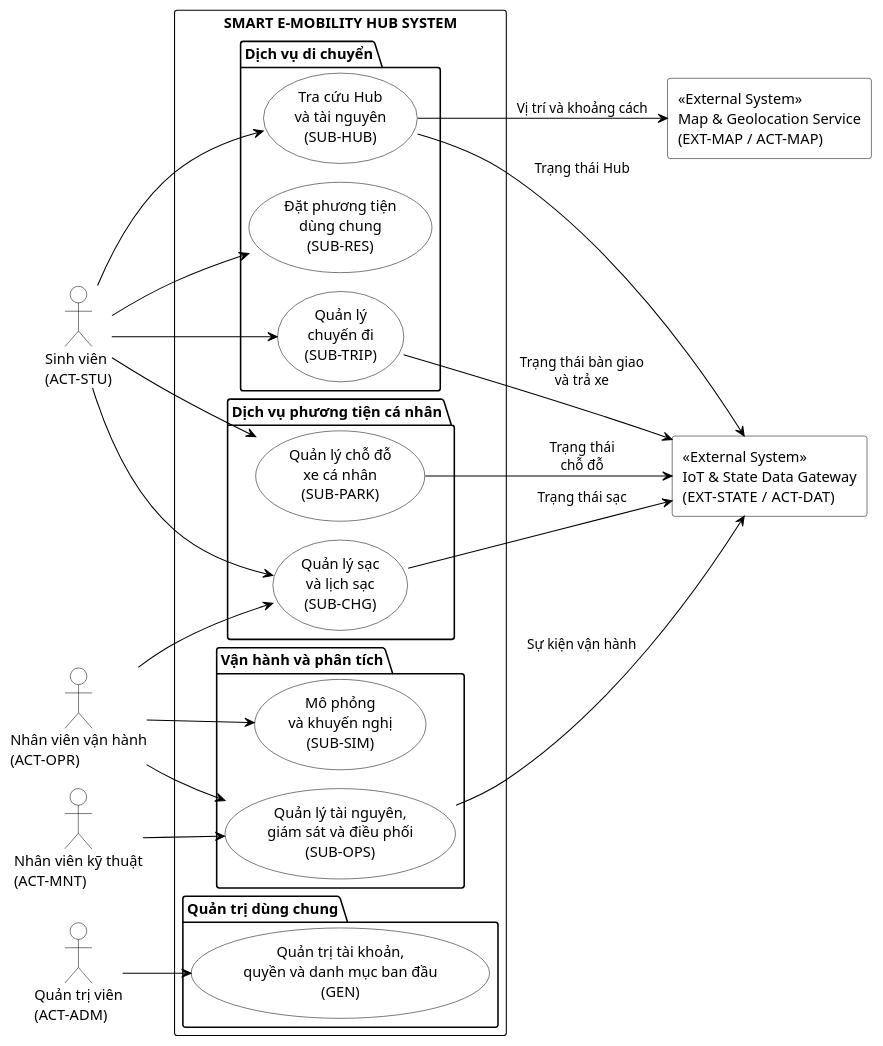
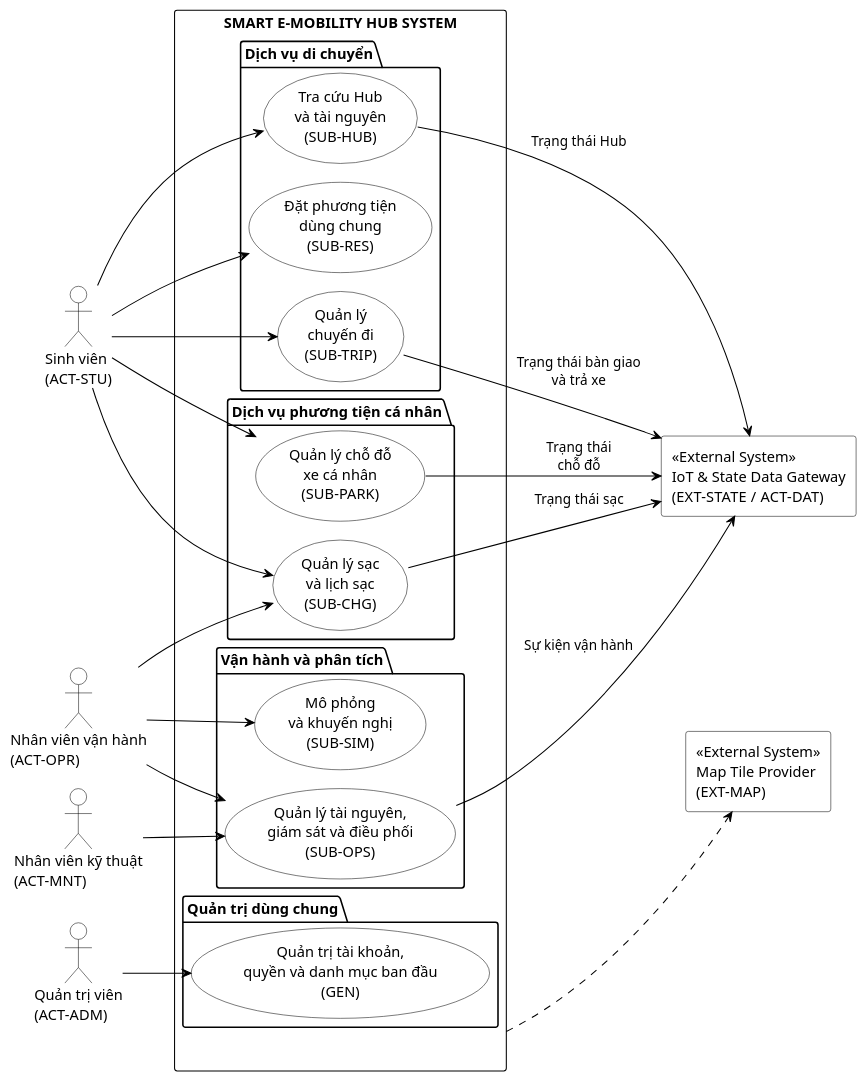
One commit to tranbaoanh21/software-engineering-assignment changed the diagram in docs/phase-2/diagrams/plantuml/system-use-case.puml. Above: the diagram before and after it, drawn with PlantUML. The commit also changed 224 other files, not shown here.

```diff
--- a/docs/phase-2/diagrams/plantuml/system-use-case.puml
+++ b/docs/phase-2/diagrams/plantuml/system-use-case.puml
@@ -1,111 +1,112 @@
 @startuml
 !pragma layout smetana
 left to right direction
 skinparam backgroundColor white
 skinparam shadowing false
 
 ' Thiết lập viền đen, nền trắng
 skinparam usecase {
     BackgroundColor white
     BorderColor black
     ArrowColor black
 }
 
 skinparam actor {
     BackgroundColor white
     BorderColor black
 }
 
 skinparam rectangle {
     BackgroundColor white
     BorderColor black
 }
 
 skinparam package {
     BackgroundColor white
     BorderColor black
 }
 
 ' =========================================================
 ' ACTOR
 ' =========================================================
 
 actor "Sinh viên\n(ACT-STU)" as Student
 actor "Nhân viên vận hành\n(ACT-OPR)" as Operator
 actor "Nhân viên kỹ thuật\n(ACT-MNT)" as Technician
 actor "Quản trị viên\n(ACT-ADM)" as Administrator
 
 ' =========================================================
 ' HỆ THỐNG BÊN NGOÀI
 ' =========================================================
 
 rectangle "<<External System>>\nIoT & State Data Gateway\n(EXT-STATE / ACT-DAT)" as StateSource
-rectangle "<<External System>>\nMap & Geolocation Service\n(EXT-MAP / ACT-MAP)" as MapSource
+rectangle "<<External System>>\nMap Tile Provider\n(EXT-MAP)" as MapSource
 
 ' =========================================================
 ' SMART E-MOBILITY HUB SYSTEM
 ' =========================================================
 
-rectangle "SMART E-MOBILITY HUB SYSTEM" {
+rectangle "SMART E-MOBILITY HUB SYSTEM" as SEMH {
 
     package "Dịch vụ di chuyển" {
 
         usecase "Tra cứu Hub\nvà tài nguyên\n(SUB-HUB)" as UC_Hub
 
         usecase "Đặt phương tiện\ndùng chung\n(SUB-RES)" as UC_Reservation
 
         usecase "Quản lý\nchuyến đi\n(SUB-TRIP)" as UC_Trip
     }
 
     package "Dịch vụ phương tiện cá nhân" {
 
         usecase "Quản lý chỗ đỗ\nxe cá nhân\n(SUB-PARK)" as UC_Parking
 
         usecase "Quản lý sạc\nvà lịch sạc\n(SUB-CHG)" as UC_Charging
     }
 
     package "Vận hành và phân tích" {
 
         usecase "Quản lý tài nguyên,\ngiám sát và điều phối\n(SUB-OPS)" as UC_Operation
 
         usecase "Mô phỏng\nvà khuyến nghị\n(SUB-SIM)" as UC_Simulation
     }
     package "Quản trị dùng chung" {
         usecase "Quản trị tài khoản,\nquyền và danh mục ban đầu\n(GEN)" as UC_Administration
     }
 }
 
 ' =========================================================
 ' LIÊN KẾT ACTOR
 ' =========================================================
 
 ' Sinh viên
 Student --> UC_Hub
 Student --> UC_Reservation
 Student --> UC_Trip
 Student --> UC_Parking
 Student --> UC_Charging
 
 ' Nhân viên vận hành
 Operator --> UC_Charging
 Operator --> UC_Operation
 Operator --> UC_Simulation
 
 ' Nhân viên kỹ thuật
 Technician --> UC_Operation
 
 ' Admin không kế thừa quyền Operator hoặc Kỹ thuật.
 Administrator --> UC_Administration
 
 ' =========================================================
 ' LIÊN KẾT VỚI HỆ THỐNG BÊN NGOÀI
 ' =========================================================
 
 UC_Hub --> StateSource : "Trạng thái Hub"
-UC_Hub --> MapSource : "Vị trí và khoảng cách"
+UC_Hub -[hidden]-> MapSource
+SEMH ..> MapSource
 UC_Trip --> StateSource : "Trạng thái bàn giao\nvà trả xe"
 UC_Parking --> StateSource : "Trạng thái\nchỗ đỗ"
 UC_Charging --> StateSource : "Trạng thái sạc"
 UC_Operation --> StateSource : "Sự kiện vận hành"
 
 @enduml
```
